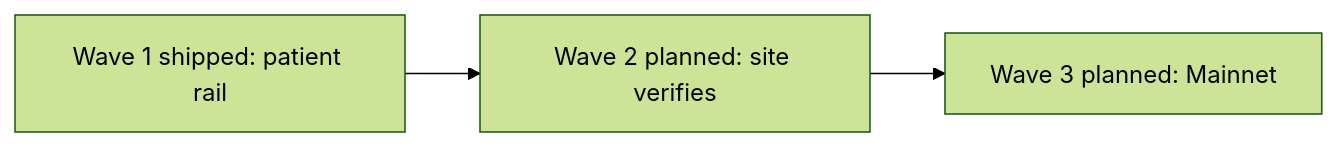
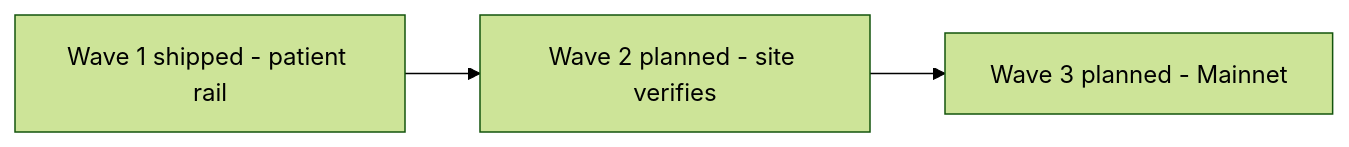
Before and after one commit to Mr-Ben-dev/COHORT: the seventh of 7 diagrams in README.md, drawn with Mermaid (forest theme). The commit also changed other lines of this file and 7 other files, not shown here.

Commit message:
Ship Apache-2.0, GitHub-safe Mermaid, and drop FINAL_SETUP.md from the public tree.

````diff
--- a/README.md
+++ b/README.md
@@ -662,5 +647,5 @@
 ```mermaid
 flowchart LR
-  W1[Wave 1 shipped: patient rail] --> W2[Wave 2 planned: site verifies]
-  W2 --> W3[Wave 3 planned: Mainnet]
+  W1["Wave 1 shipped - patient rail"] --> W2["Wave 2 planned - site verifies"]
+  W2 --> W3["Wave 3 planned - Mainnet"]
 ```
````
